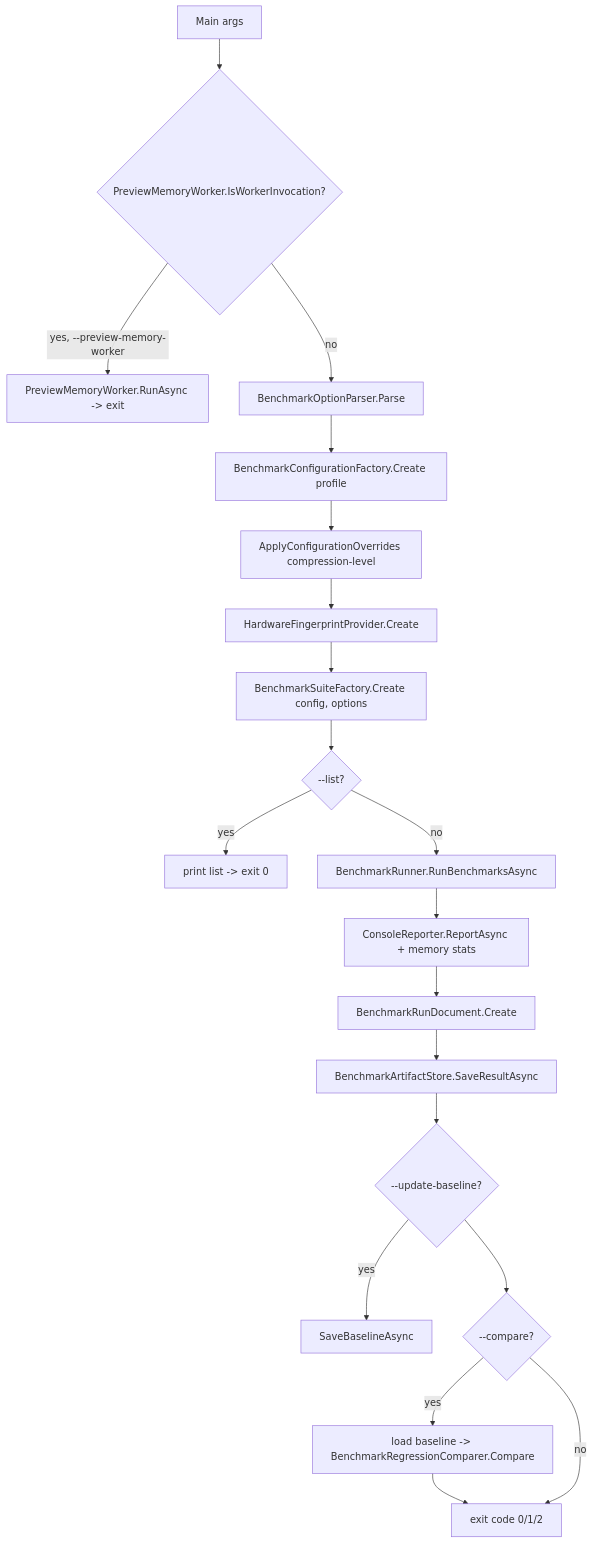
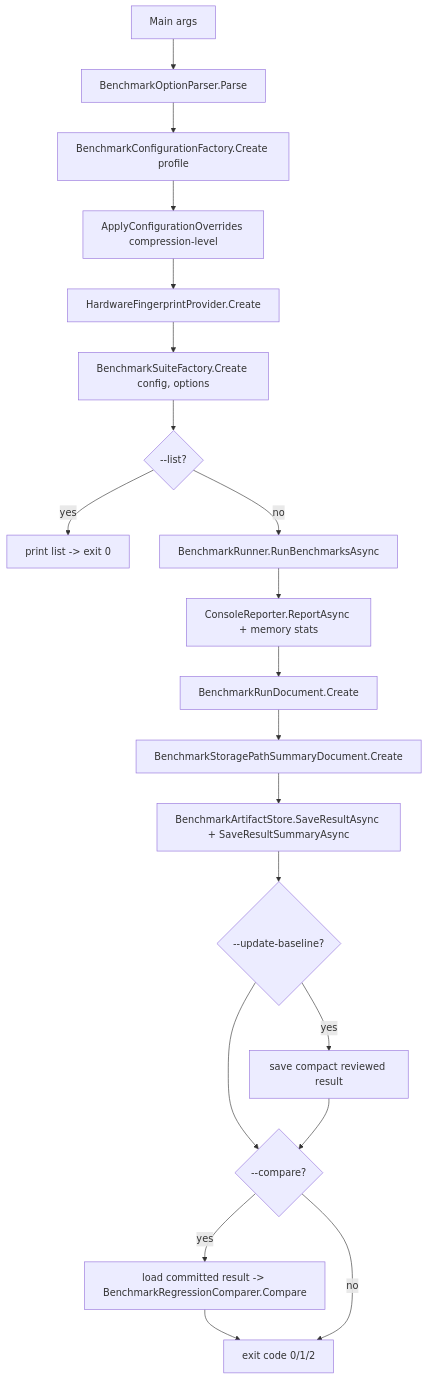
One commit to bvdcode/cotton changed the first of 3 diagrams in docs/technical/26-performance-benchmarking-testing.md. Above: the diagram before and after it, drawn with Mermaid. The commit also changed other lines of this file and 36 other files, not shown here.

Commit message:
refactor benchmark storage path results

````diff
--- a/docs/technical/26-performance-benchmarking-testing.md
+++ b/docs/technical/26-performance-benchmarking-testing.md
@@ -23,22 +23,22 @@
 ```mermaid
 flowchart TD
-    A[Main args] --> B{PreviewMemoryWorker.IsWorkerInvocation?}
-    B -->|yes, --preview-memory-worker| C[PreviewMemoryWorker.RunAsync -> exit]
-    B -->|no| D[BenchmarkOptionParser.Parse]
-    D --> E[BenchmarkConfigurationFactory.Create profile]
-    E --> F[ApplyConfigurationOverrides compression-level]
-    F --> G[HardwareFingerprintProvider.Create]
-    G --> H[BenchmarkSuiteFactory.Create config, options]
-    H --> I{--list?}
-    I -->|yes| J[print list -> exit 0]
-    I -->|no| K[BenchmarkRunner.RunBenchmarksAsync]
-    K --> L[ConsoleReporter.ReportAsync + memory stats]
-    L --> M[BenchmarkRunDocument.Create]
-    M --> N[BenchmarkArtifactStore.SaveResultAsync]
-    N --> O{--update-baseline?}
-    O -->|yes| P[SaveBaselineAsync]
-    O --> Q{--compare?}
-    Q -->|yes| R[load baseline -> BenchmarkRegressionComparer.Compare]
-    R --> S[exit code 0/1/2]
-    Q -->|no| S
+    A[Main args] --> B[BenchmarkOptionParser.Parse]
+    B --> C[BenchmarkConfigurationFactory.Create profile]
+    C --> D[ApplyConfigurationOverrides compression-level]
+    D --> E[HardwareFingerprintProvider.Create]
+    E --> F[BenchmarkSuiteFactory.Create config, options]
+    F --> G{--list?}
+    G -->|yes| H[print list -> exit 0]
+    G -->|no| I[BenchmarkRunner.RunBenchmarksAsync]
+    I --> J[ConsoleReporter.ReportAsync + memory stats]
+    J --> K[BenchmarkRunDocument.Create]
+    K --> L[BenchmarkStoragePathSummaryDocument.Create]
+    L --> M[BenchmarkArtifactStore.SaveResultAsync + SaveResultSummaryAsync]
+    M --> N{--update-baseline?}
+    N -->|yes| O[save compact reviewed result]
+    N --> P{--compare?}
+    O --> P
+    P -->|yes| Q[load committed result -> BenchmarkRegressionComparer.Compare]
+    Q --> R[exit code 0/1/2]
+    P -->|no| R
 ```
````
